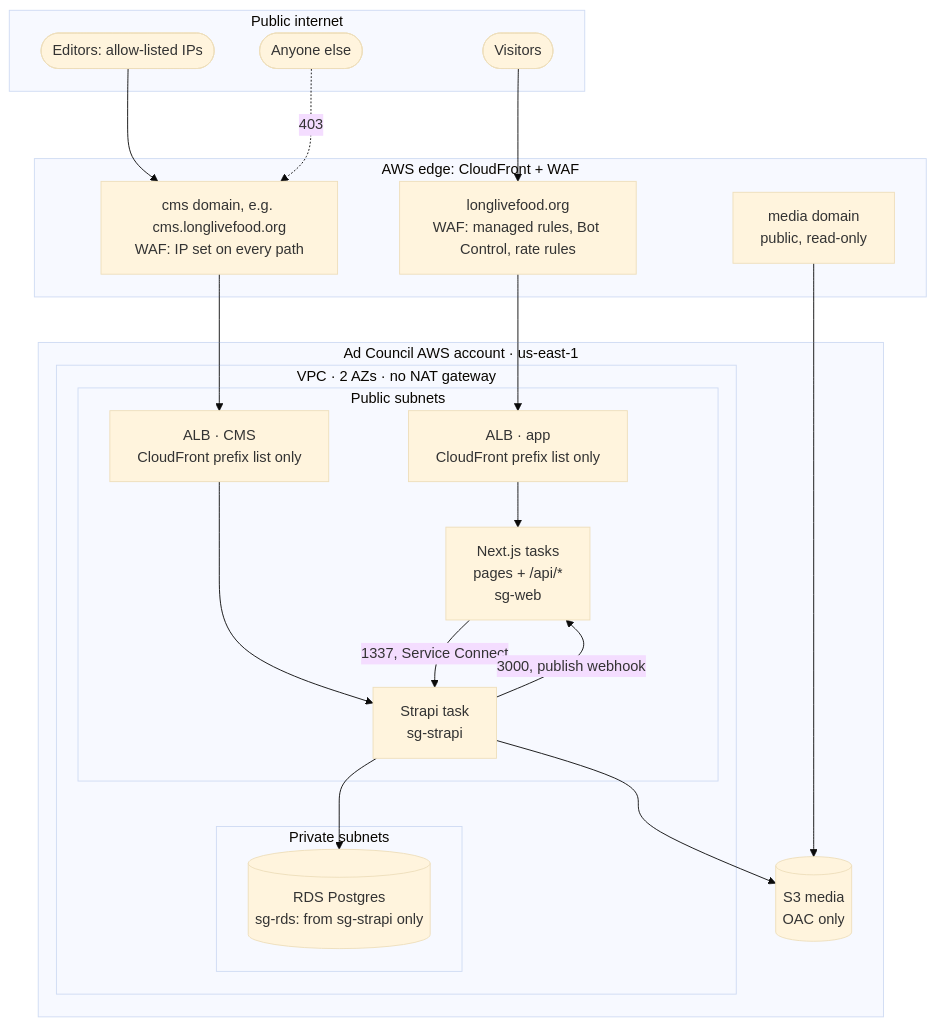
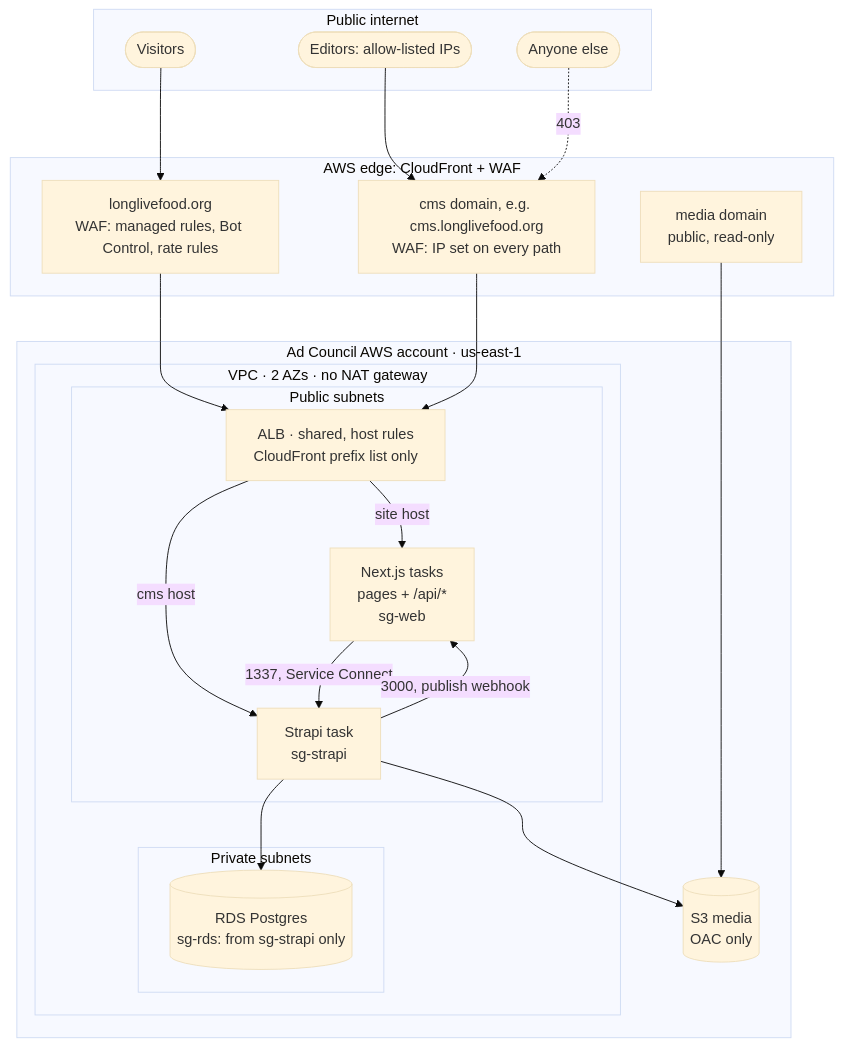
Before and after one commit to hancock01919sh/llf: the third of 6 diagrams in docs/TDD.md, drawn with Mermaid (base theme). The commit also changed other lines of this file, not shown here.

First line of the commit message:
docs(tdd): shared ALB per environment and non-bursting prod RDS (D36 update, v0.3.29)

````diff
--- a/docs/TDD.md
+++ b/docs/TDD.md
@@ -324,35 +325,35 @@
 ```mermaid
 flowchart TB
   subgraph internet[Public internet]
     v([Visitors])
     ed([Editors: allow-listed IPs])
     other([Anyone else])
   end
   subgraph edge[AWS edge: CloudFront + WAF]
     site[longlivefood.org<br/>WAF: managed rules, Bot Control, rate rules]
     cmsd[cms domain, e.g. cms.longlivefood.org<br/>WAF: IP set on every path]
     media[media domain<br/>public, read-only]
   end
   subgraph acct[Ad Council AWS account · us-east-1]
     s3m[(S3 media<br/>OAC only)]
     subgraph vpc[VPC · 2 AZs · no NAT gateway]
       subgraph pub[Public subnets]
-        albapp[ALB · app<br/>CloudFront prefix list only]
-        albcms[ALB · CMS<br/>CloudFront prefix list only]
+        alb[ALB · shared, host rules<br/>CloudFront prefix list only]
         web[Next.js tasks<br/>pages + /api/*<br/>sg-web]
         strapi[Strapi task<br/>sg-strapi]
       end
       subgraph priv[Private subnets]
         rds[(RDS Postgres<br/>sg-rds: from sg-strapi only)]
       end
     end
   end
-  v --> site --> albapp
-  albapp --> web
-  ed --> cmsd --> albcms --> strapi --> rds
+  v --> site --> alb
+  alb -->|site host| web
+  ed --> cmsd --> alb
+  alb -->|cms host| strapi --> rds
   other -.->|403| cmsd
   web -->|1337, Service Connect| strapi
   strapi -->|3000, publish webhook| web
   strapi --> s3m
   media --> s3m
 ```
````
